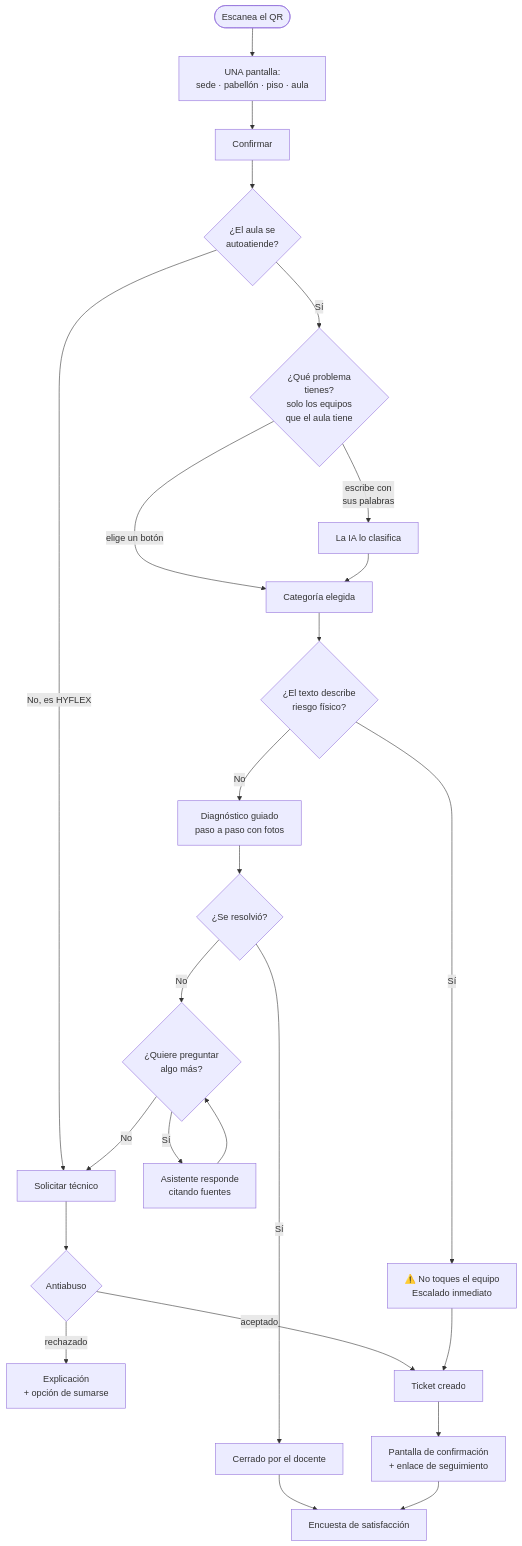
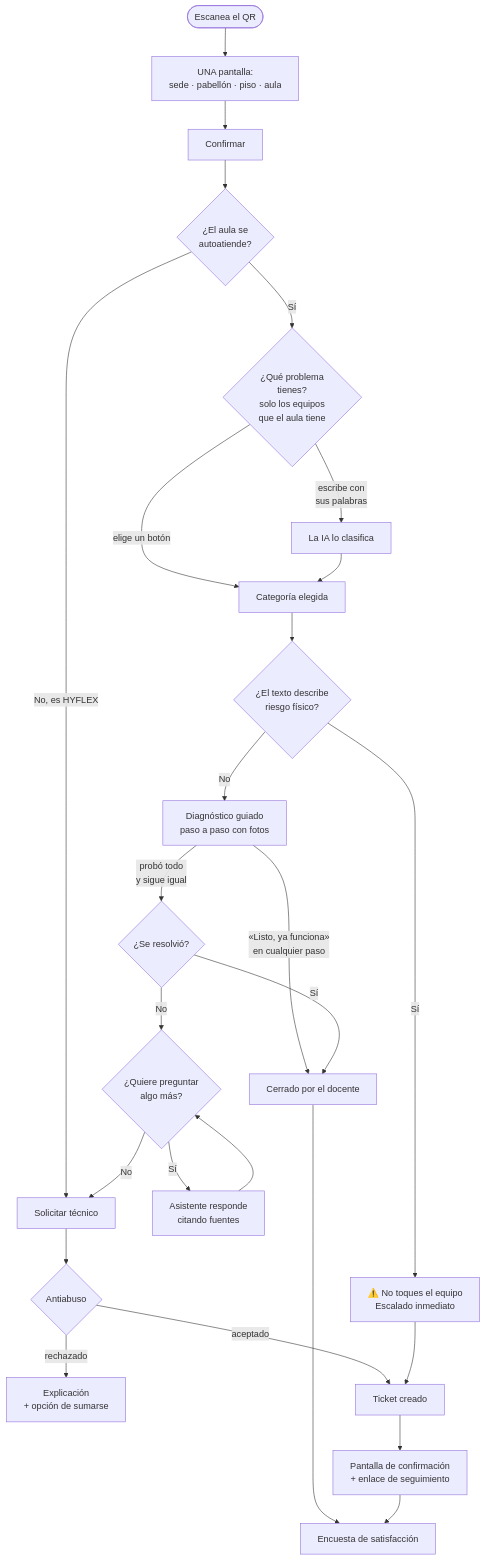
The diagram in docs/tecnica/05-flujo-del-docente.md (75220834-cloud/PROYECTO-TALLER-DE-INV.-1), drawn with Mermaid before and after one commit. The commit also changed other lines of this file and 11 other files, not shown here.

First line of the commit message:
feat: «Listo, ya funciona» cierra el caso sin volver a preguntar

````diff
--- a/docs/tecnica/05-flujo-del-docente.md
+++ b/docs/tecnica/05-flujo-del-docente.md
@@ -10,33 +10,34 @@
 ```mermaid
 flowchart TD
     QR([Escanea el QR]) --> S1["UNA pantalla:<br/>sede · pabellón · piso · aula"]
     S1 --> S4[Confirmar]
     S4 --> HY{¿El aula se<br/>autoatiende?}
     HY -->|No, es HYFLEX| ESC
     HY -->|Sí| S5{¿Qué problema<br/>tienes?<br/>solo los equipos<br/>que el aula tiene}
 
     S5 -->|escribe con<br/>sus palabras| IA[La IA lo clasifica]
     S5 -->|elige un botón| CAT[Categoría elegida]
     IA --> CAT
 
     CAT --> HZ{¿El texto describe<br/>riesgo físico?}
     HZ -->|Sí| STOP[⚠️ No toques el equipo<br/>Escalado inmediato]
     HZ -->|No| DG[Diagnóstico guiado<br/>paso a paso con fotos]
 
-    DG --> RES{¿Se resolvió?}
-    RES -->|Sí| OK[Cerrado por el docente]
+    DG -->|«Listo, ya funciona»<br/>en cualquier paso| OK[Cerrado por el docente]
+    DG -->|probó todo<br/>y sigue igual| RES{¿Se resolvió?}
+    RES -->|Sí| OK
     RES -->|No| PREG{¿Quiere preguntar<br/>algo más?}
 
     PREG -->|Sí| ASK[Asistente responde<br/>citando fuentes]
     ASK --> PREG
     PREG -->|No| ESC[Solicitar técnico]
 
     ESC --> AB{Antiabuso}
     AB -->|rechazado| MSG[Explicación<br/>+ opción de sumarse]
     AB -->|aceptado| TICK[Ticket creado]
     STOP --> TICK
 
     TICK --> DONE[Pantalla de confirmación<br/>+ enlace de seguimiento]
     OK --> ENC[Encuesta de satisfacción]
     DONE --> ENC
 ```
````
